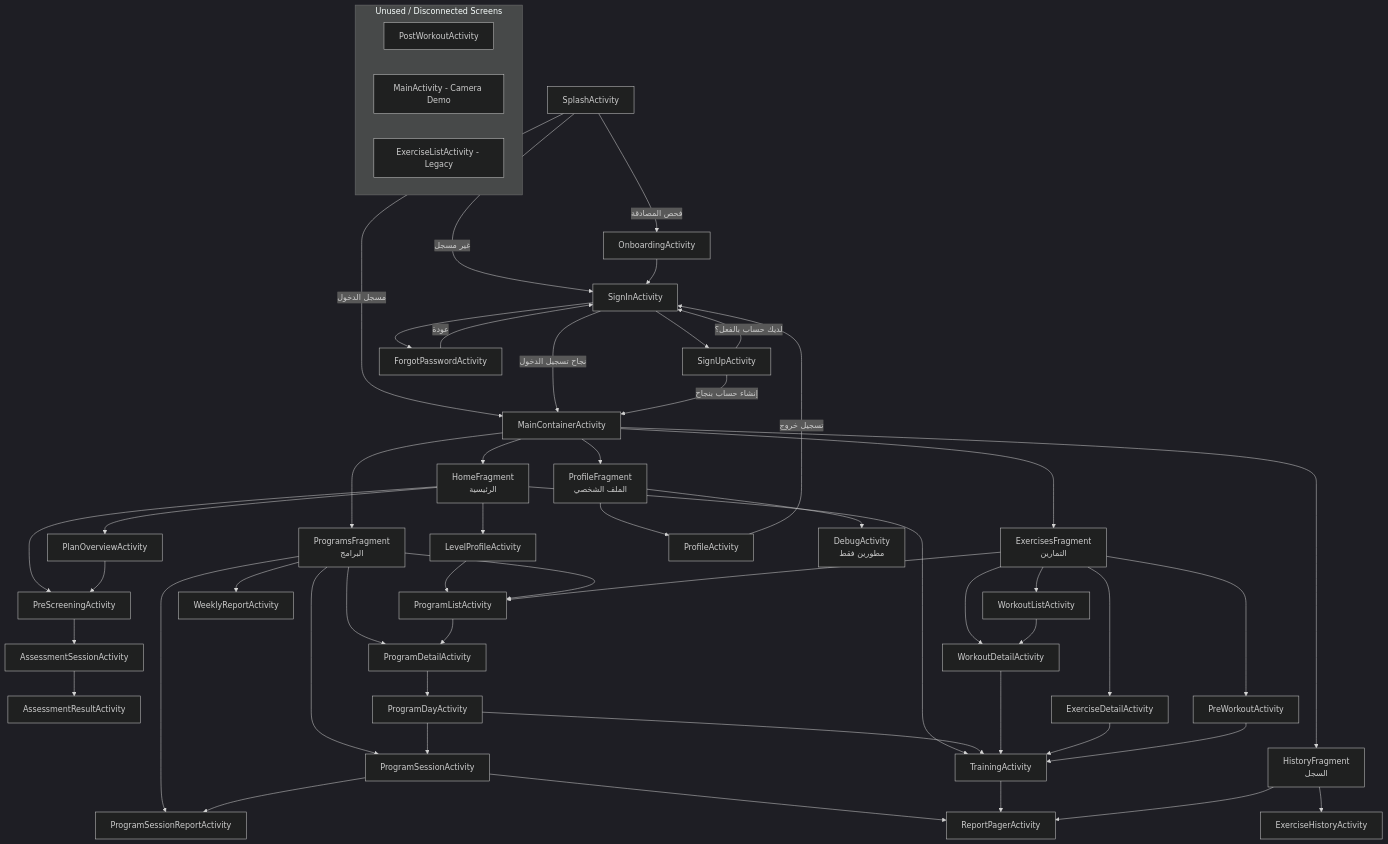
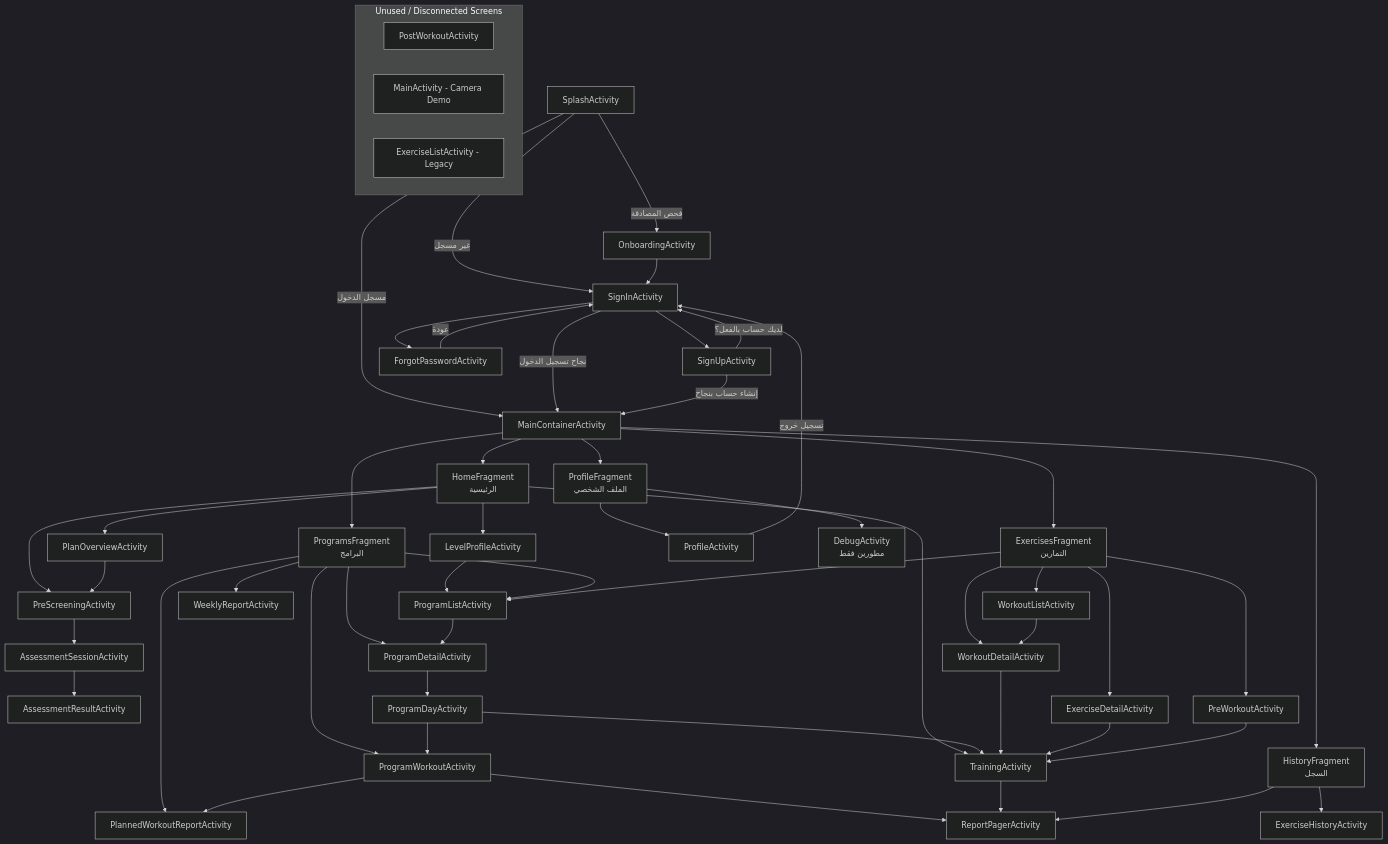
The diagram in Docs/00-Active-Reference/Architecture-As-Built/app_navigation_diagram.md (stywithme/movit), drawn with Mermaid (dark theme) before and after one commit. The commit also changed other lines of this file and 352 other files, not shown here.

````diff
--- a/Docs/00-Active-Reference/Architecture-As-Built/app_navigation_diagram.md
+++ b/Docs/00-Active-Reference/Architecture-As-Built/app_navigation_diagram.md
@@ -11,78 +11,78 @@
 ```mermaid
 graph TD
     %% مسار المصادقة والدخول
     Splash[SplashActivity] -->|فحص المصادقة| Onboarding[OnboardingActivity]
     Splash -->|غير مسجل| SignIn[SignInActivity]
     Splash -->|مسجل الدخول| Main[MainContainerActivity]
 
     Onboarding --> SignIn
     SignIn --> SignUp[SignUpActivity]
     SignIn --> ForgotPassword[ForgotPasswordActivity]
     SignIn -->|نجاح تسجيل الدخول| Main
     SignUp -->|إنشاء حساب بنجاح| Main
     SignUp -->|لديك حساب بالفعل؟| SignIn
     ForgotPassword -->|عودة| SignIn
 
     %% الحاوية الرئيسية (القائمة السفلية)
     Main --> Home[HomeFragment\nالرئيسية]
     Main --> Programs[ProgramsFragment\nالبرامج]
     Main --> Exercises[ExercisesFragment\nالتمارين]
     Main --> History[HistoryFragment\nالسجل]
     Main --> Profile[ProfileFragment\nالملف الشخصي]
 
     %% مسار الرئيسية والتقييم
     Home --> LevelProfile[LevelProfileActivity]
     Home --> PlanOverview[PlanOverviewActivity]
     Home --> PreScreening[PreScreeningActivity]
     Home --> Training[TrainingActivity]
     
     LevelProfile --> ProgramList[ProgramListActivity]
     PlanOverview --> PreScreening
     PreScreening --> AssessmentSession[AssessmentSessionActivity]
     AssessmentSession --> AssessmentResult[AssessmentResultActivity]
 
     %% مسار البرامج
-    Programs --> ProgramSession[ProgramSessionActivity]
-    Programs --> ProgramSessionReport[ProgramSessionReportActivity]
+    Programs --> PlannedWorkout[ProgramWorkoutActivity]
+    Programs --> PlannedWorkoutReport[PlannedWorkoutReportActivity]
     Programs --> ProgramDetail[ProgramDetailActivity]
     Programs --> ProgramList
     Programs --> WeeklyReport[WeeklyReportActivity]
 
     ProgramList --> ProgramDetail
     ProgramDetail --> ProgramDay[ProgramDayActivity]
-    ProgramDay --> ProgramSession
+    ProgramDay --> PlannedWorkout
     ProgramDay --> Training
-    ProgramSession --> ProgramSessionReport
-    ProgramSession --> ReportPager[ReportPagerActivity]
+    PlannedWorkout --> PlannedWorkoutReport
+    PlannedWorkout --> ReportPager[ReportPagerActivity]
 
     %% مسار التمارين
     Exercises --> WorkoutList[WorkoutListActivity]
     Exercises --> ProgramList
     Exercises --> ExerciseDetail[ExerciseDetailActivity]
     Exercises --> PreWorkout[PreWorkoutActivity]
     Exercises --> WorkoutDetail[WorkoutDetailActivity]
 
     WorkoutList --> WorkoutDetail
     WorkoutDetail --> Training
     ExerciseDetail --> Training
     PreWorkout --> Training
 
     %% مسار التدريب والمخرجات
     Training --> ReportPager
 
     %% مسار السجل والتقارير
     History --> ReportPager
     History --> ExerciseHistory[ExerciseHistoryActivity]
 
     %% مسار الملف الشخصي
     Profile --> ProfileAct[ProfileActivity]
     Profile --> Debug[DebugActivity\nمطورين فقط]
     ProfileAct -->|تسجيل خروج| SignIn
 
     %% شاشات غير متصلة أو مهملة
     subgraph Unused / Disconnected Screens
         PostWorkout[PostWorkoutActivity]
         MainActivity[MainActivity - Camera Demo]
         LegacyExList[ExerciseListActivity - Legacy]
     end
 ```
````
